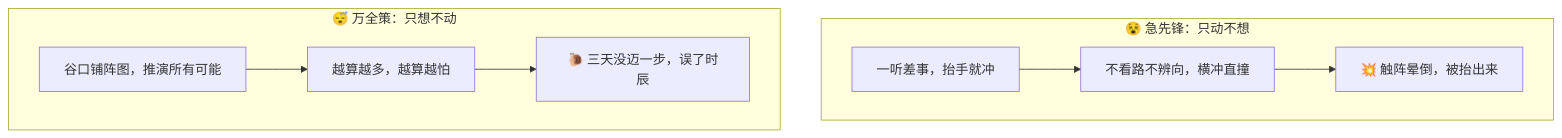
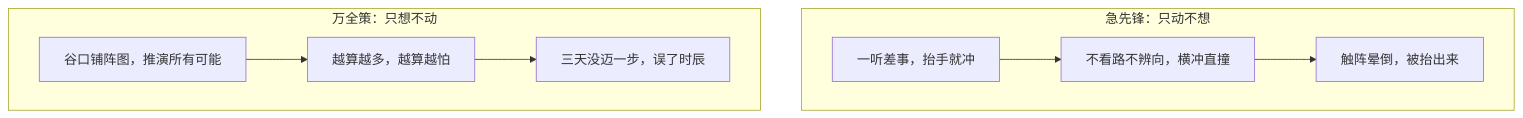
One commit to luckykhy/KhyAiHub changed the first of 3 diagrams in docs/09_STORY_修仙学AI/STORY-番外/[STORY-番外-105] 番外06·思行合一·观己而动.md. Above: the diagram before and after it, drawn with Mermaid. The commit also changed other lines of this file and 19 other files, not shown here.

````diff
--- a/docs/09_STORY_修仙学AI/STORY-番外/[STORY-番外-105] 番外06·思行合一·观己而动.md
+++ b/docs/09_STORY_修仙学AI/STORY-番外/[STORY-番外-105] 番外06·思行合一·观己而动.md
@@ -29,9 +29,9 @@
 ```mermaid
 flowchart TB
-  subgraph A["😵 急先锋：只动不想"]
-    A1["一听差事，抬手就冲"] --> A2["不看路不辨向，横冲直撞"] --> A3["💥 触阵晕倒，被抬出来"]
+  subgraph A["急先锋：只动不想"]
+    A1["一听差事，抬手就冲"] --> A2["不看路不辨向，横冲直撞"] --> A3["触阵晕倒，被抬出来"]
   end
-  subgraph B["😴 万全策：只想不动"]
-    B1["谷口铺阵图，推演所有可能"] --> B2["越算越多，越算越怕"] --> B3["🐌 三天没迈一步，误了时辰"]
+  subgraph B["万全策：只想不动"]
+    B1["谷口铺阵图，推演所有可能"] --> B2["越算越多，越算越怕"] --> B3["三天没迈一步，误了时辰"]
   end
 ```
````
